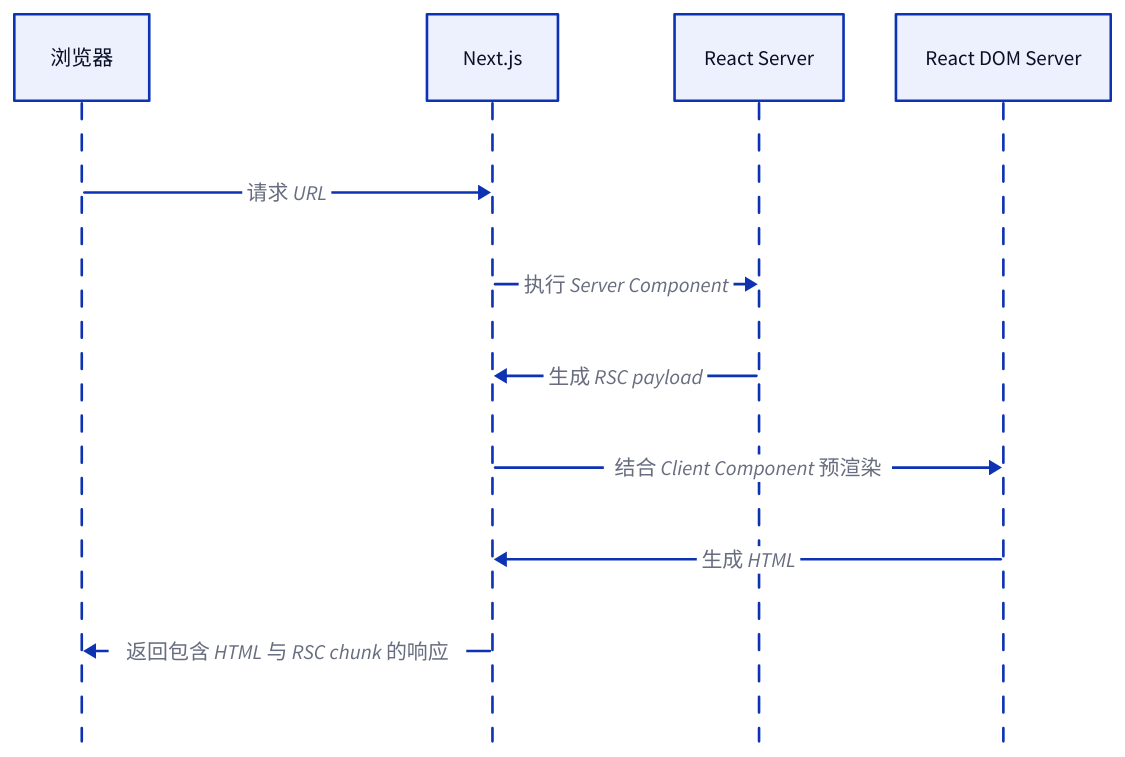
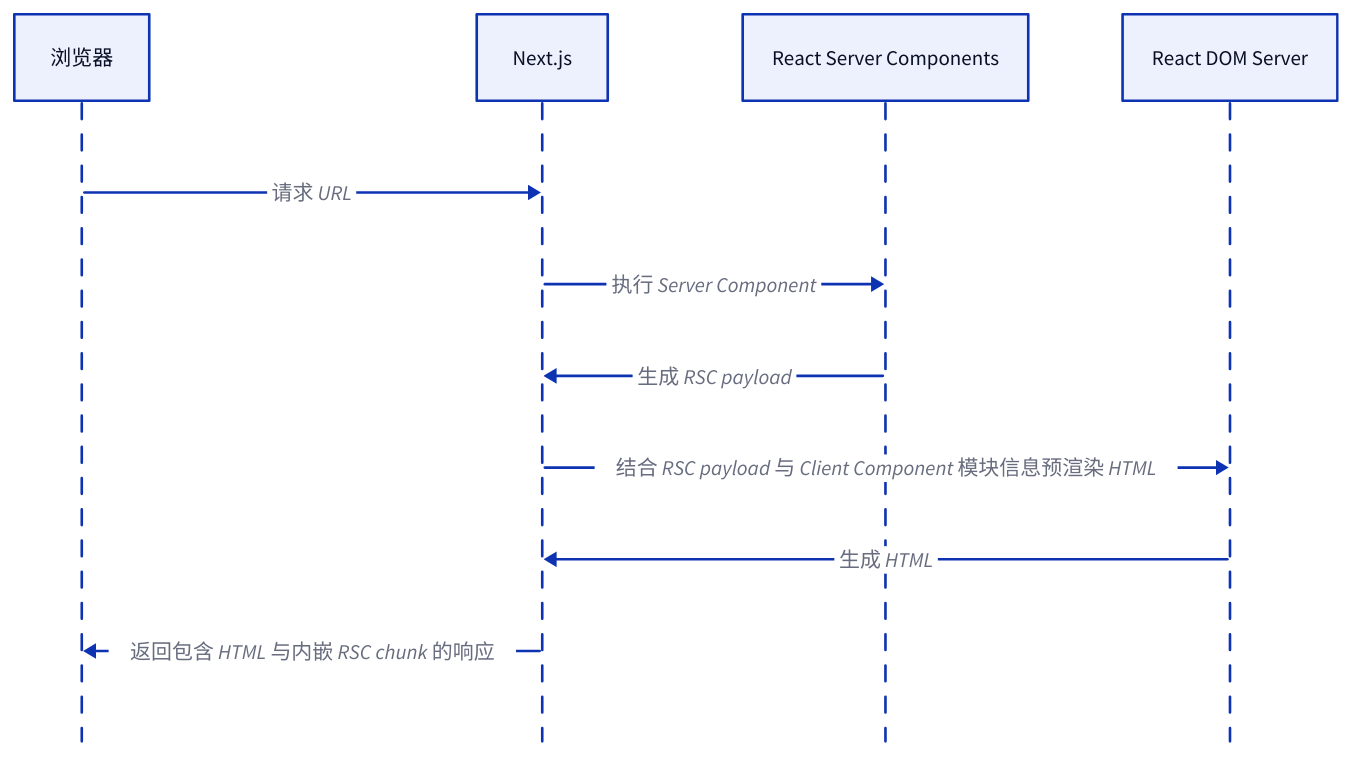
The first of 3 diagrams in apps/docs/experiences/BFF/Next.js 渲染机制.md (youngluo/thinking), drawn with D2 before and after one commit. The commit also changed other lines of this file and 15 other files, not shown here.

````diff
--- a/apps/docs/experiences/BFF/Next.js 渲染机制.md
+++ b/apps/docs/experiences/BFF/Next.js 渲染机制.md
@@ -23,15 +22,15 @@
 ```d2 maxHeight=400
 shape: sequence_diagram
 
 browser: 浏览器
 next: Next.js
-rsc: React Server
+rsc: React Server Components
 ssr: React DOM Server
 
 browser -> next: 请求 URL
 next -> rsc: 执行 Server Component
 rsc -> next: 生成 RSC payload
-next -> ssr: 结合 Client Component 预渲染
+next -> ssr: 结合 RSC payload 与 Client Component 模块信息预渲染 HTML
 ssr -> next: 生成 HTML
-next -> browser: 返回包含 HTML 与 RSC chunk 的响应
+next -> browser: 返回包含 HTML 与内嵌 RSC chunk 的响应
 ```
````
